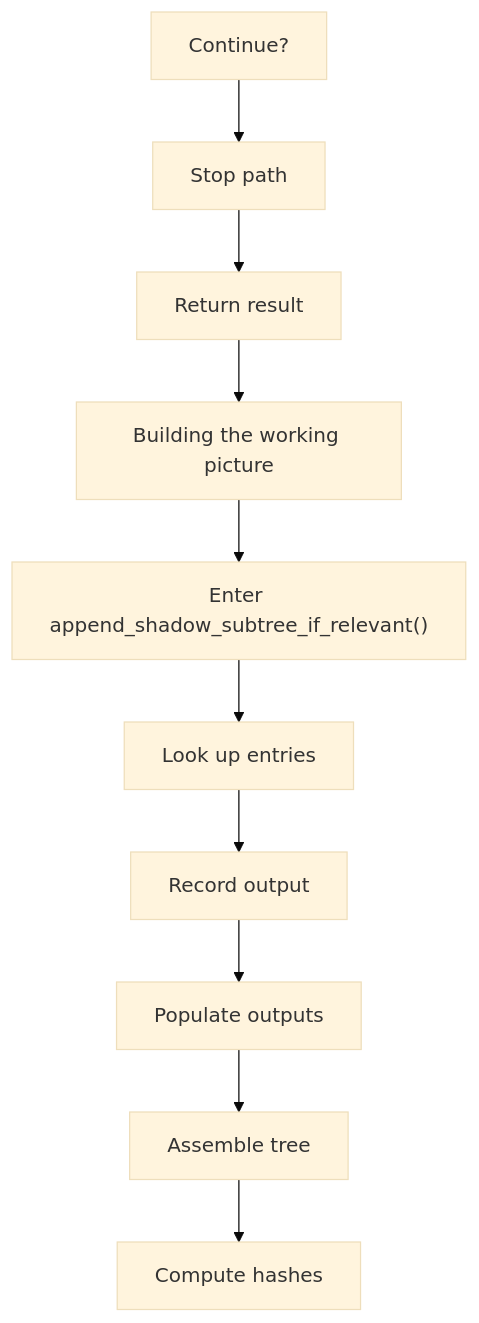
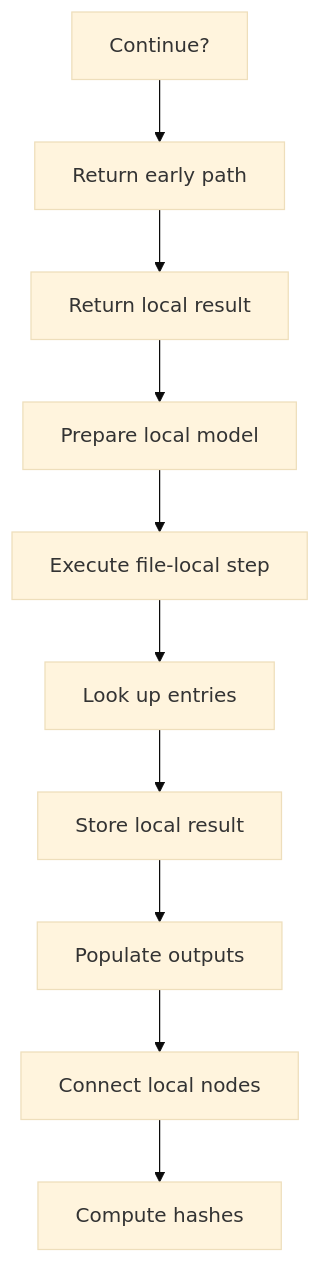
One commit to JohnAndrewBalbarosa/NeoTerritory changed the second of 7 diagrams in docs/Codebase/Microservice/Modules/Source/Trees/ClassGeneration/VirtualBroken/relevance.cpp.md. Above: the diagram before and after it, drawn with Mermaid (base theme). The commit also changed other lines of this file and 925 other files, not shown here.

````diff
--- a/docs/Codebase/Microservice/Modules/Source/Trees/ClassGeneration/VirtualBroken/relevance.cpp.md
+++ b/docs/Codebase/Microservice/Modules/Source/Trees/ClassGeneration/VirtualBroken/relevance.cpp.md
@@ -56,22 +55,22 @@
 ```mermaid
 flowchart TD
     N0["Continue?"]
-    N1["Stop path"]
-    N2["Return result"]
-    N3["Building the working picture"]
-    N4["Enter append_shadow_subtree_if_relevant()"]
+    N1["Return early path"]
+    N2["Return local result"]
+    N3["Prepare local model"]
+    N4["Execute file-local step"]
     N5["Look up entries"]
-    N6["Record output"]
+    N6["Store local result"]
     N7["Populate outputs"]
-    N8["Assemble tree"]
+    N8["Connect local nodes"]
     N9["Compute hashes"]
     N0 --> N1
     N1 --> N2
     N2 --> N3
     N3 --> N4
     N4 --> N5
     N5 --> N6
     N6 --> N7
     N7 --> N8
     N8 --> N9
 ```
````
